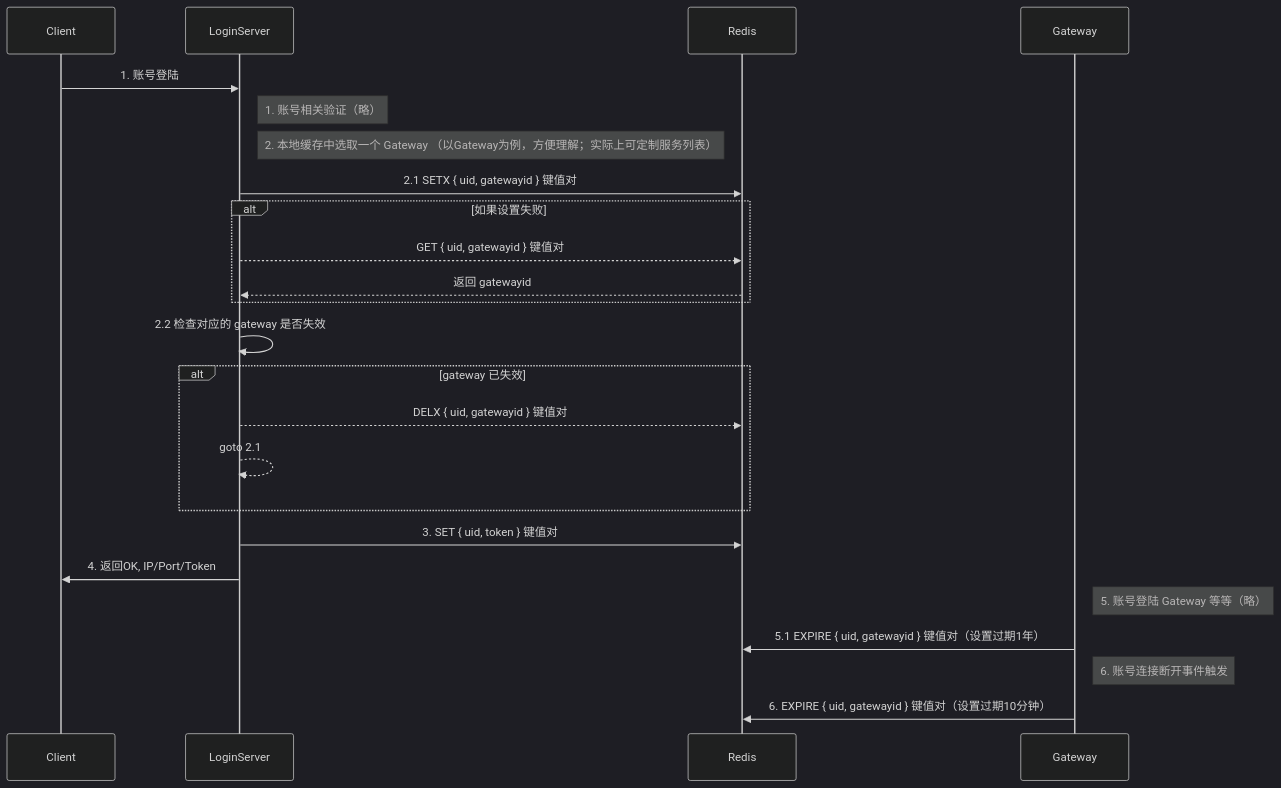
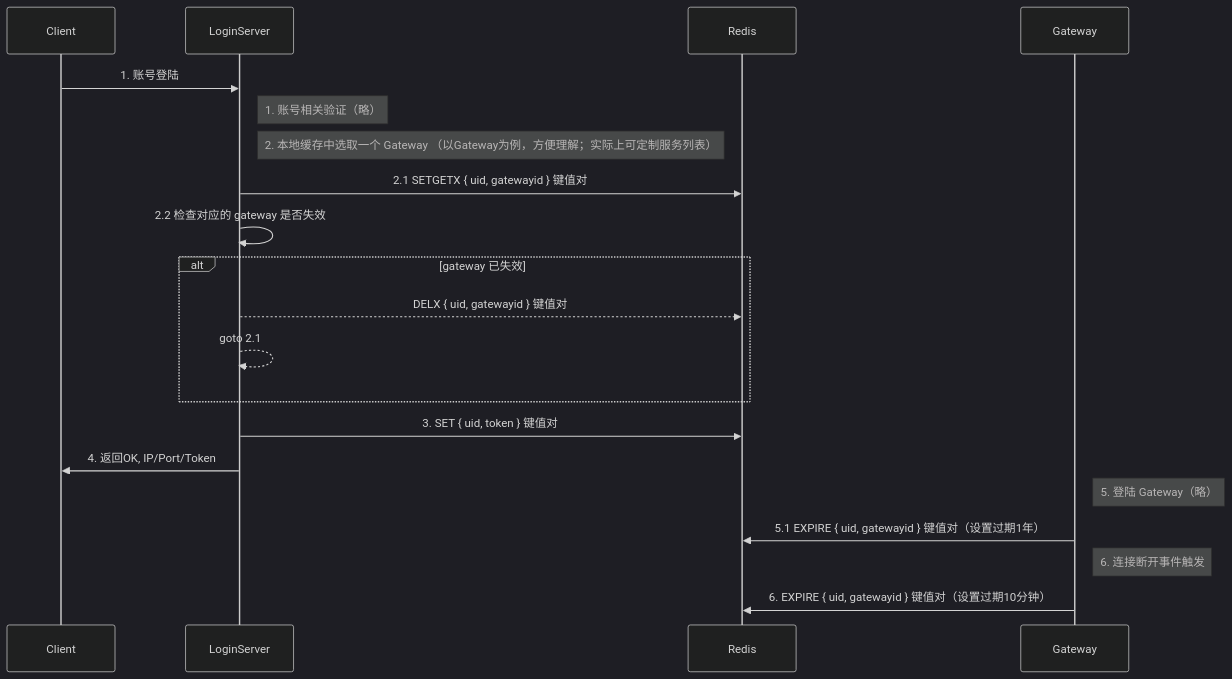
One commit to fananchong/go-xserver changed the diagram in doc/assets/login.md. Above: the diagram before and after it, drawn with Mermaid (dark theme). The commit also changed 9 other files, not shown here.

````diff
--- a/doc/assets/login.md
+++ b/doc/assets/login.md
@@ -1,26 +1,22 @@
 ```mermaid
 sequenceDiagram
 participant Client
 participant LoginServer
 participant Redis
 participant Gateway
 Client->>LoginServer: 1. 账号登陆
 Note right of LoginServer: 1. 账号相关验证（略）
 Note right of LoginServer: 2. 本地缓存中选取一个 Gateway （以Gateway为例，方便理解；实际上可定制服务列表）
-LoginServer->>Redis: 2.1 SETX { uid, gatewayid } 键值对
-alt 如果设置失败
-  LoginServer-->>Redis: GET { uid, gatewayid } 键值对
-  Redis-->>LoginServer: 返回 gatewayid
-end
+LoginServer->>Redis: 2.1 SETGETX { uid, gatewayid } 键值对
 LoginServer->>LoginServer: 2.2 检查对应的 gateway 是否失效
 alt gateway 已失效
   LoginServer-->>Redis: DELX { uid, gatewayid } 键值对
   LoginServer-->>LoginServer: goto 2.1
 end
 LoginServer->>Redis: 3. SET { uid, token } 键值对
 LoginServer->>Client: 4. 返回OK, IP/Port/Token
-Note right of Gateway: 5. 账号登陆 Gateway 等等（略）
+Note right of Gateway: 5. 登陆 Gateway（略）
 Gateway->>Redis: 5.1 EXPIRE { uid, gatewayid } 键值对（设置过期1年）
-Note right of Gateway: 6. 账号连接断开事件触发
+Note right of Gateway: 6. 连接断开事件触发
 Gateway->>Redis: 6. EXPIRE { uid, gatewayid } 键值对（设置过期10分钟）
 ```
````
